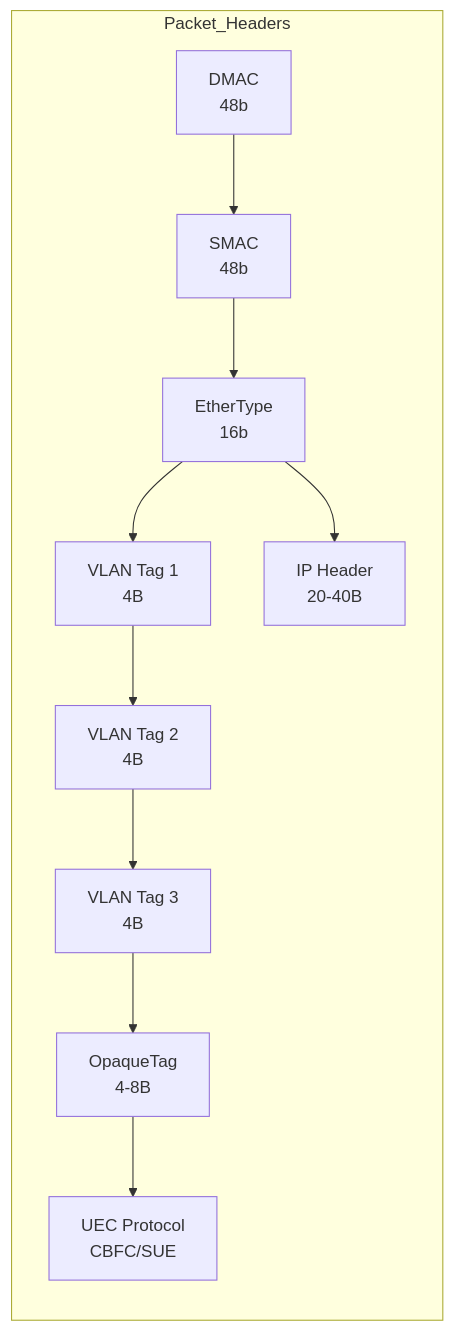
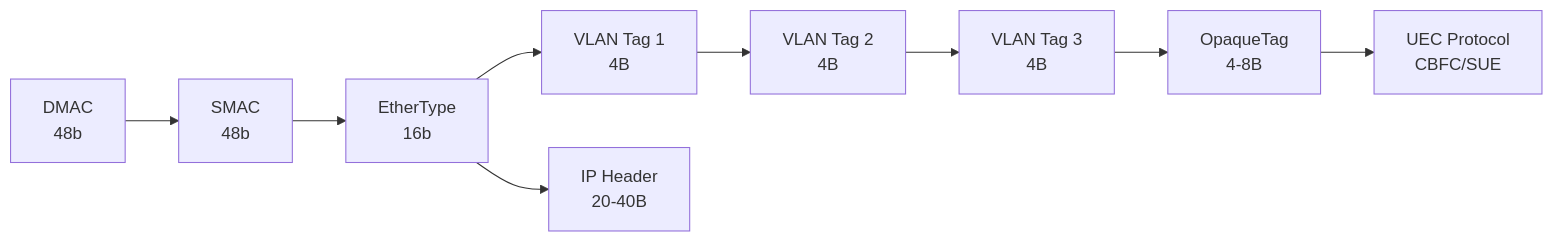
Before and after one commit to RuyeeAI/HardwareDesign: the first of 4 diagrams in docs/PreParser.md, drawn with Mermaid. The commit also changed other lines of this file, not shown here.

Commit message:
Fix mermaid syntax errors in PreParser design document

````diff
--- a/docs/PreParser.md
+++ b/docs/PreParser.md
@@ -61,17 +61,11 @@
 ```mermaid
 flowchart LR
-    subgraph Packet_Headers
-        DMAC[DMAC<br/>48b]
-        SMAC[SMAC<br/>48b]
-        EtherType[EtherType<br/>16b]
-        VLAN1[VLAN Tag 1<br/>4B]
-        VLAN2[VLAN Tag 2<br/>4B]
-        VLAN3[VLAN Tag 3<br/>4B]
-        OpaqueTag[OpaqueTag<br/>4-8B]
-        UEC[UEC Protocol<br/>CBFC/SUE]
-        IP[IP Header<br/>20-40B]
-    end
-
-    DMAC --> SMAC --> EtherType --> VLAN1 --> VLAN2 --> VLAN3 --> OpaqueTag --> UEC
-    EtherType --> IP
+    DMAC[DMAC<br/>48b] --> SMAC[SMAC<br/>48b]
+    SMAC --> EtherType[EtherType<br/>16b]
+    EtherType --> VLAN1[VLAN Tag 1<br/>4B]
+    VLAN1 --> VLAN2[VLAN Tag 2<br/>4B]
+    VLAN2 --> VLAN3[VLAN Tag 3<br/>4B]
+    VLAN3 --> OpaqueTag[OpaqueTag<br/>4-8B]
+    OpaqueTag --> UEC[UEC Protocol<br/>CBFC/SUE]
+    EtherType --> IP[IP Header<br/>20-40B]
 ```
````
